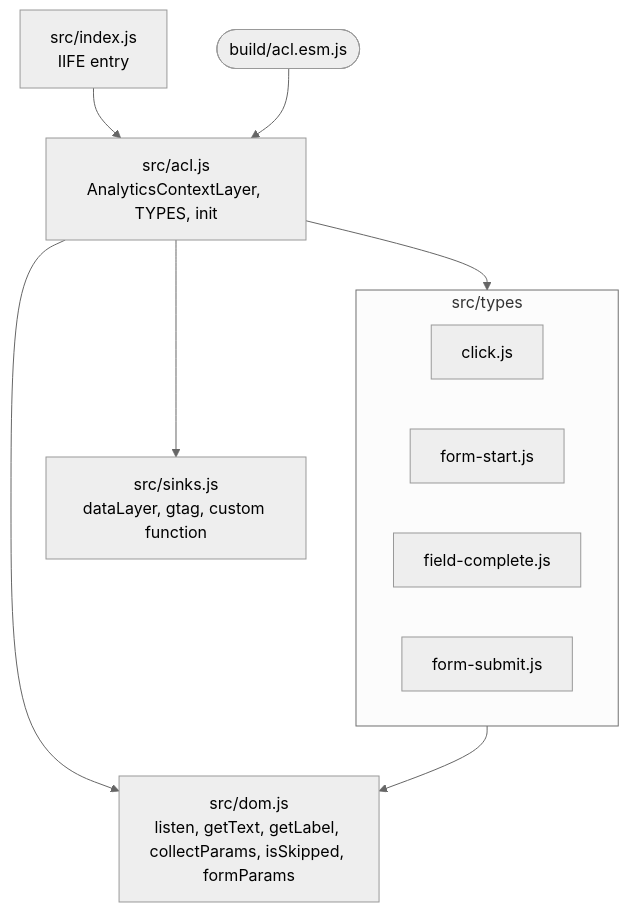
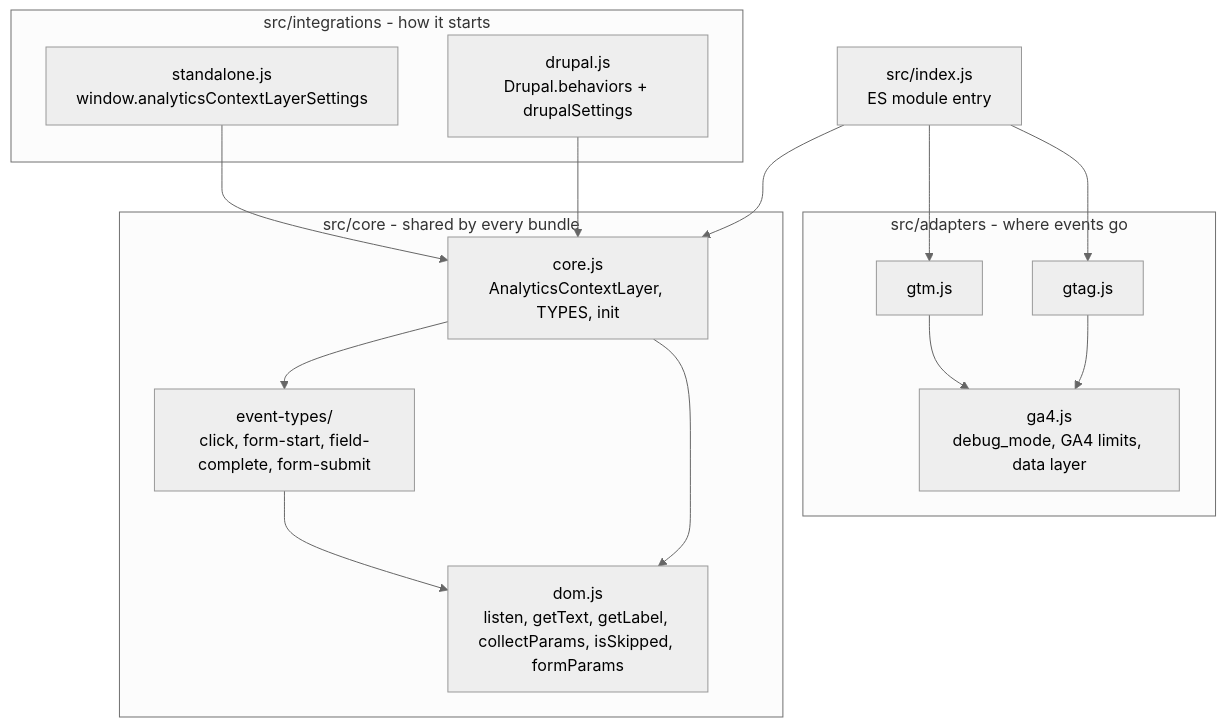
The first of 3 diagrams in docs/architecture/README.md (drevops/axel), drawn with Mermaid (neutral theme) before and after one commit. The commit also changed other lines of this file and 3 other files, not shown here.

Commit message:
[#1] Documented the bundles, adapters, Drupal integration and the 'core', 'adapters' and 'integrations' layout.

````diff
--- a/docs/architecture/README.md
+++ b/docs/architecture/README.md
@@ -10,16 +10,27 @@
 ```mermaid
-%% Traced from: src/index.js, src/acl.js, src/dom.js, src/sinks.js, src/types/*.js.
+%% Traced from: src/core/*.js, src/core/event-types/*.js, src/adapters/*.js, src/integrations/*.js, src/index.js.
 flowchart TB
-    index[src/index.js<br>IIFE entry] --> acl
-    esm([build/acl.esm.js]) --> acl
-    acl[src/acl.js<br>AnalyticsContextLayer, TYPES, init] --> types
-    acl --> sinks[src/sinks.js<br>dataLayer, gtag, custom function]
-    acl --> dom
-    subgraph types[src/types]
-        click[click.js]
-        formStart[form-start.js]
-        fieldComplete[field-complete.js]
-        formSubmit[form-submit.js]
+    subgraph integrations[src/integrations - how it starts]
+        standalone[standalone.js<br>window.analyticsContextLayerSettings]
+        drupal[drupal.js<br>Drupal.behaviors + drupalSettings]
     end
-    types --> dom[src/dom.js<br>listen, getText, getLabel, collectParams, isSkipped, formParams]
+    subgraph core[src/core - shared by every bundle]
+        coreJs[core.js<br>AnalyticsContextLayer, TYPES, init]
+        eventTypes[event-types/<br>click, form-start, field-complete, form-submit]
+        dom[dom.js<br>listen, getText, getLabel, collectParams, isSkipped, formParams]
+    end
+    subgraph adapters[src/adapters - where events go]
+        gtm[gtm.js]
+        gtag[gtag.js]
+        ga4[ga4.js<br>debug_mode, GA4 limits, data layer]
+    end
+    standalone --> coreJs
+    drupal --> coreJs
+    coreJs --> eventTypes --> dom
+    coreJs --> dom
+    gtm --> ga4
+    gtag --> ga4
+    index[src/index.js<br>ES module entry] --> coreJs
+    index --> gtm
+    index --> gtag
 ```
````
